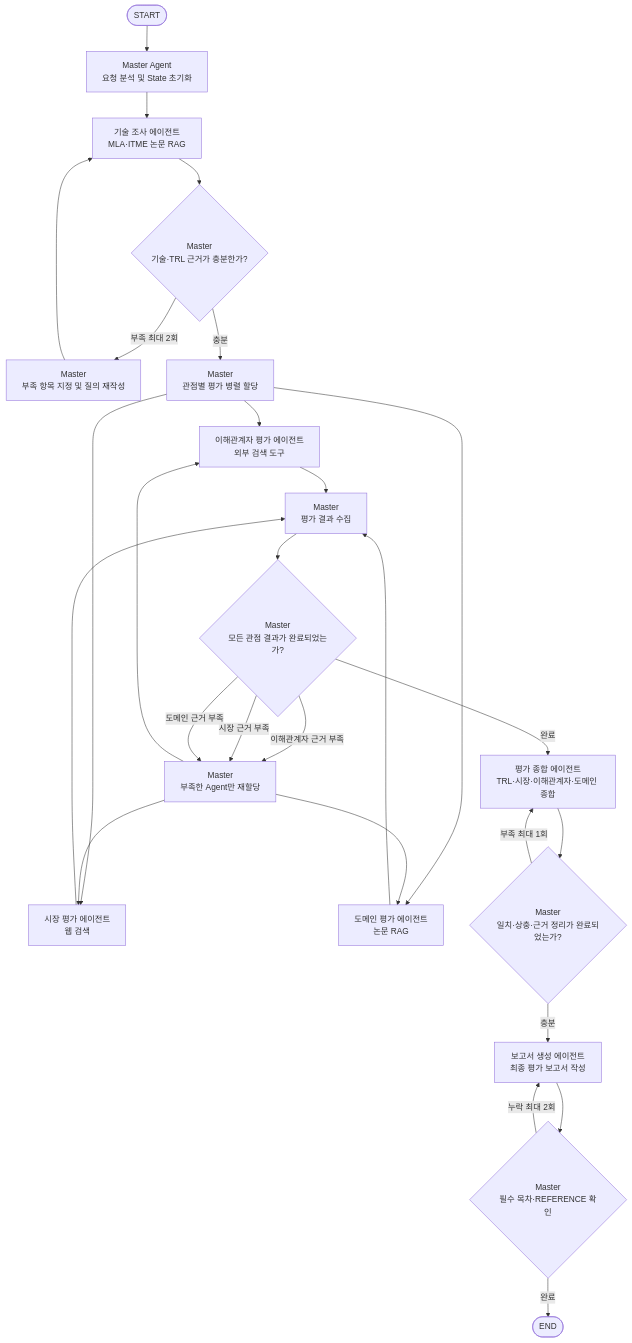
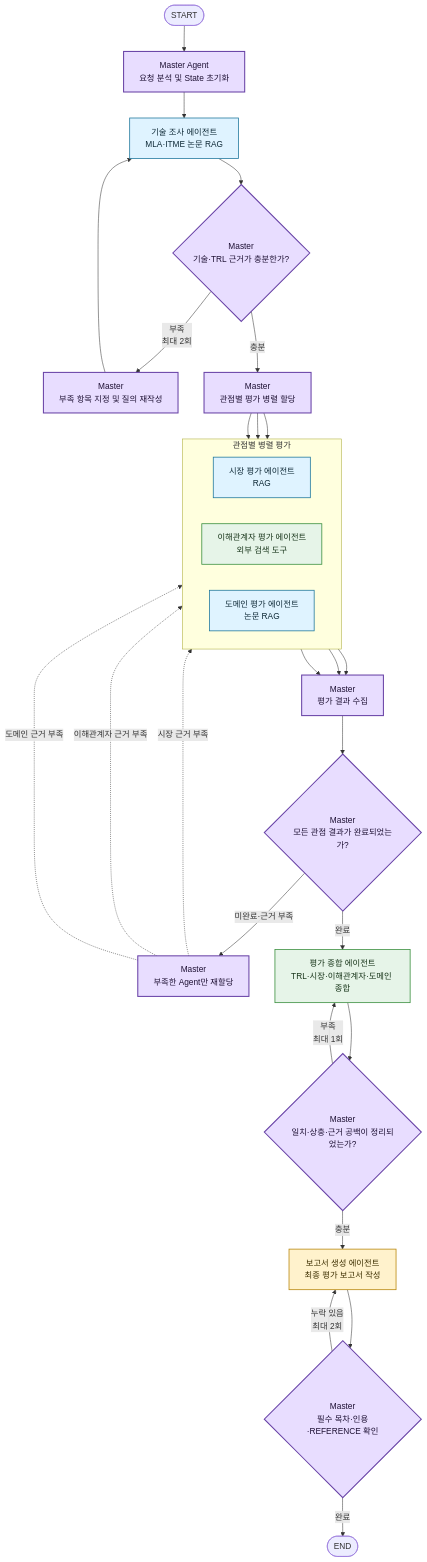
One commit to gyudren/kv-cache-optimization changed the diagram in README.md. Above: the diagram before and after it, drawn with Mermaid.

````diff
--- a/README.md
+++ b/README.md
@@ -43,44 +43,56 @@
 ```mermaid
 flowchart TD
-    START([START])
-    A[Master Agent<br/>요청 분석 및 State 초기화]
-    B[기술 조사 에이전트<br/>MLA·ITME 논문 RAG]
-    C{Master<br/>기술·TRL 근거가 충분한가?}
-    D[Master<br/>부족 항목 지정 및 질의 재작성]
-    E[Master<br/>관점별 평가 병렬 할당]
-    F[이해관계자 평가 에이전트<br/>외부 검색 도구]
-    G[시장 평가 에이전트<br/>웹 검색]
-    H[도메인 평가 에이전트<br/>논문 RAG]
-    I[Master<br/>평가 결과 수집]
-    J{Master<br/>모든 관점 결과가 완료되었는가?}
-    K[Master<br/>부족한 Agent만 재할당]
-    L[평가 종합 에이전트<br/>TRL·시장·이해관계자·도메인 종합]
-    M{Master<br/>일치·상충·근거 정리가 완료되었는가?}
-    N[보고서 생성 에이전트<br/>최종 평가 보고서 작성]
-    O{Master<br/>필수 목차·REFERENCE 확인}
-    ENDN([END])
+    START([START]) --> SUP_INIT["Master Agent<br/>요청 분석 및 State 초기화"]
 
-    START --> A --> B --> C
-    C -- 부족 최대 2회 --> D --> B
-    C -- 충분 --> E
-    E --> F
-    E --> G
-    E --> H
-    F --> I
-    G --> I
-    H --> I
-    I --> J
-    J -- 이해관계자 근거 부족 --> K
-    J -- 시장 근거 부족 --> K
-    J -- 도메인 근거 부족 --> K
-    K --> F
-    K --> G
-    K --> H
-    J -- 완료 --> L
-    L --> M
-    M -- 부족 최대 1회 --> L
-    M -- 충분 --> N
-    N --> O
-    O -- 누락 최대 2회 --> N
-    O -- 완료 --> ENDN
+    SUP_INIT --> TECH["기술 조사 에이전트<br/>MLA·ITME 논문 RAG"]
+    TECH --> SUP_TECH{"Master<br/>기술·TRL 근거가 충분한가?"}
+
+    SUP_TECH -- "부족<br/>최대 2회" --> QUERY_REWRITE["Master<br/>부족 항목 지정 및 질의 재작성"]
+    QUERY_REWRITE --> TECH
+
+    SUP_TECH -- "충분" --> SUP_FANOUT["Master<br/>관점별 평가 병렬 할당"]
+
+    subgraph PARALLEL["관점별 병렬 평가"]
+        direction LR
+        MARKET["시장 평가 에이전트<br/>RAG"]
+        STAKEHOLDER["이해관계자 평가 에이전트<br/>외부 검색 도구"]
+        DOMAIN["도메인 평가 에이전트<br/>논문 RAG"]
+    end
+
+    SUP_FANOUT --> MARKET
+    SUP_FANOUT --> STAKEHOLDER
+    SUP_FANOUT --> DOMAIN
+
+    MARKET --> SUP_JOIN["Master<br/>평가 결과 수집"]
+    STAKEHOLDER --> SUP_JOIN
+    DOMAIN --> SUP_JOIN
+
+    SUP_JOIN --> RESULT_GATE{"Master<br/>모든 관점 결과가 완료되었는가?"}
+
+    RESULT_GATE -- "미완료·근거 부족" --> RETRY["Master<br/>부족한 Agent만 재할당"]
+    RETRY -. "시장 근거 부족" .-> MARKET
+    RETRY -. "이해관계자 근거 부족" .-> STAKEHOLDER
+    RETRY -. "도메인 근거 부족" .-> DOMAIN
+
+    RESULT_GATE -- "완료" --> SYNTHESIS["평가 종합 에이전트<br/>TRL·시장·이해관계자·도메인 종합"]
+
+    SYNTHESIS --> SUP_SYNTHESIS{"Master<br/>일치·상충·근거 공백이 정리되었는가?"}
+
+    SUP_SYNTHESIS -- "부족<br/>최대 1회" --> SYNTHESIS
+    SUP_SYNTHESIS -- "충분" --> REPORT["보고서 생성 에이전트<br/>최종 평가 보고서 작성"]
+
+    REPORT --> SUP_FINAL{"Master<br/>필수 목차·인용·REFERENCE 확인"}
+
+    SUP_FINAL -- "누락 있음<br/>최대 2회" --> REPORT
+    SUP_FINAL -- "완료" --> END([END])
+
+    classDef Master fill:#e8ddff,stroke:#6842a6,stroke-width:2px,color:#1f1235;
+    classDef rag fill:#dff3ff,stroke:#20789d,stroke-width:1.5px,color:#102b38;
+    classDef evaluation fill:#e6f4e8,stroke:#388e3c,stroke-width:1.5px,color:#18351a;
+    classDef report fill:#fff2cc,stroke:#b8860b,stroke-width:1.5px,color:#3d2f00;
+
+    class SUP_INIT,SUP_TECH,QUERY_REWRITE,SUP_FANOUT,SUP_JOIN,RESULT_GATE,RETRY,SUP_SYNTHESIS,SUP_FINAL Master;
+    class TECH,MARKET,DOMAIN rag;
+    class STAKEHOLDER,SYNTHESIS evaluation;
+    class REPORT report;
 ```
````
